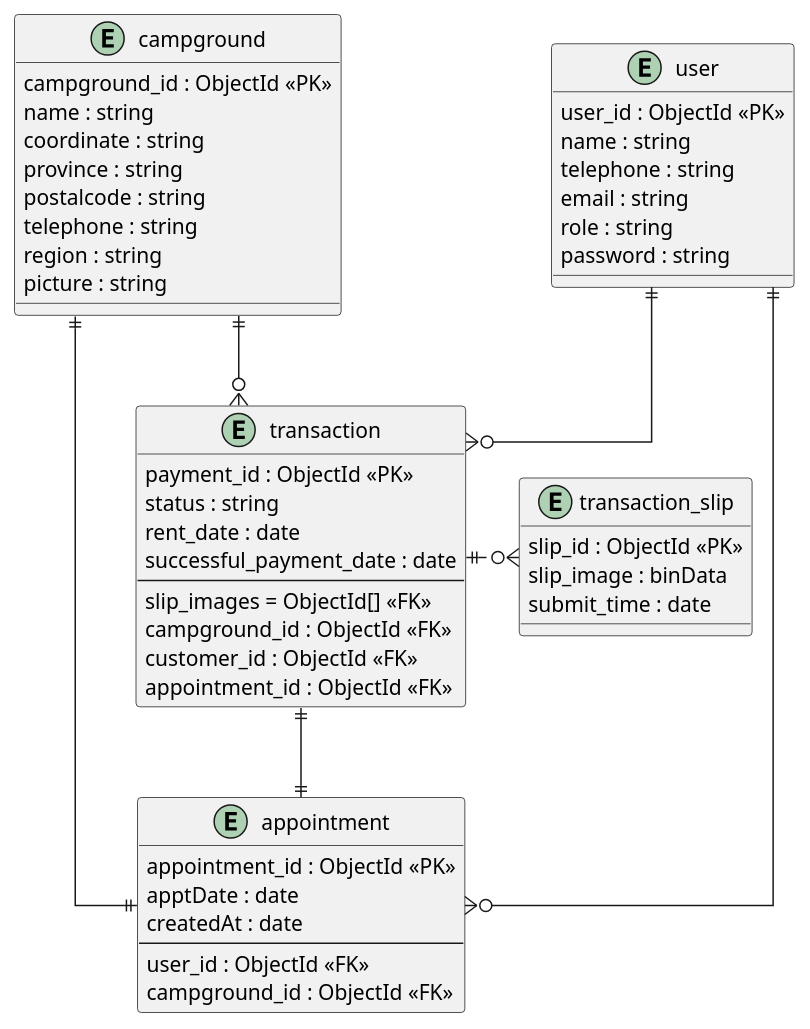
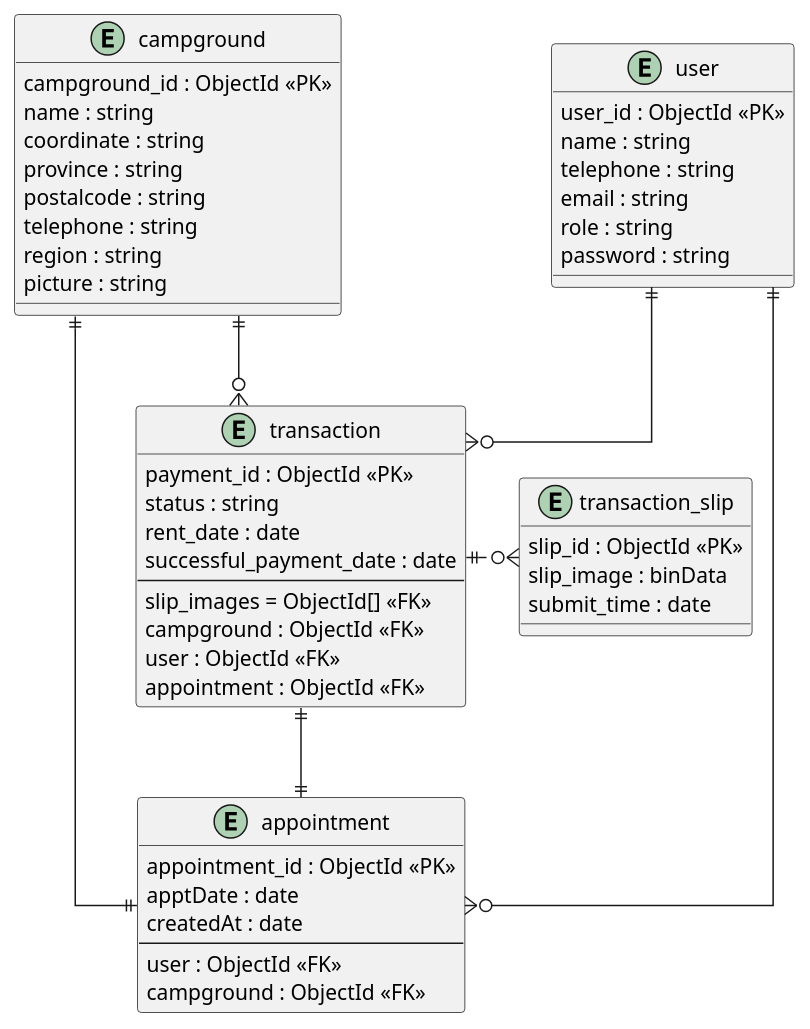
One commit to FaiiFaiipuipui/CEDT_Y1T2_backend-campgroundbooking changed the diagram in models/DatabaseSchema.puml. Above: the diagram before and after it, drawn with PlantUML.

Commit message:
Update names in DatabaseSchema.puml

```diff
--- a/models/DatabaseSchema.puml
+++ b/models/DatabaseSchema.puml
@@ -1,60 +1,60 @@
 @startuml DatabaseSchema
 
 skinparam Linetype ortho
 
 entity campground {
   campground_id : ObjectId <<PK>>
   name : string
   coordinate : string
   province : string
   postalcode : string
   telephone : string
   region : string
   picture : string
 }
 entity appointment {
   appointment_id : ObjectId <<PK>>
   apptDate : date
   createdAt : date
   --
-  user_id : ObjectId <<FK>>
-  campground_id : ObjectId <<FK>>
+  user : ObjectId <<FK>>
+  campground : ObjectId <<FK>>
 }
 
 entity user {
   user_id : ObjectId <<PK>>
   name : string
   telephone : string
   email : string
   role : string
   password : string
 }
 
 entity transaction {
   payment_id : ObjectId <<PK>>
   status : string /' status: [PENDING, COMPLETE, REJECTED, CANCELED] '/
   rent_date : date
   successful_payment_date : date
   --
   slip_images = ObjectId[] <<FK>>
-  campground_id : ObjectId <<FK>>
-  customer_id : ObjectId <<FK>>
-  appointment_id : ObjectId <<FK>>
+  campground : ObjectId <<FK>>
+  user : ObjectId <<FK>>
+  appointment : ObjectId <<FK>>
 }
 
 
 
 entity transaction_slip {
   slip_id : ObjectId <<PK>>
   slip_image : binData /' image file, must be compressed to be less than 2 MB preferrably for efficient database querying, and for storage efficiency (mongoDB BSON max size is 16 MB) '/
   submit_time : date
 }
 
 ' entity relation
 user ||--o{ appointment
 user ||--o{ transaction
 campground ||--|| appointment
 campground ||--o{ transaction
 transaction ||.right.o{ transaction_slip /' ONE to ZERO_OR_MANY '/
 transaction ||--|| appointment
 @enduml
```
